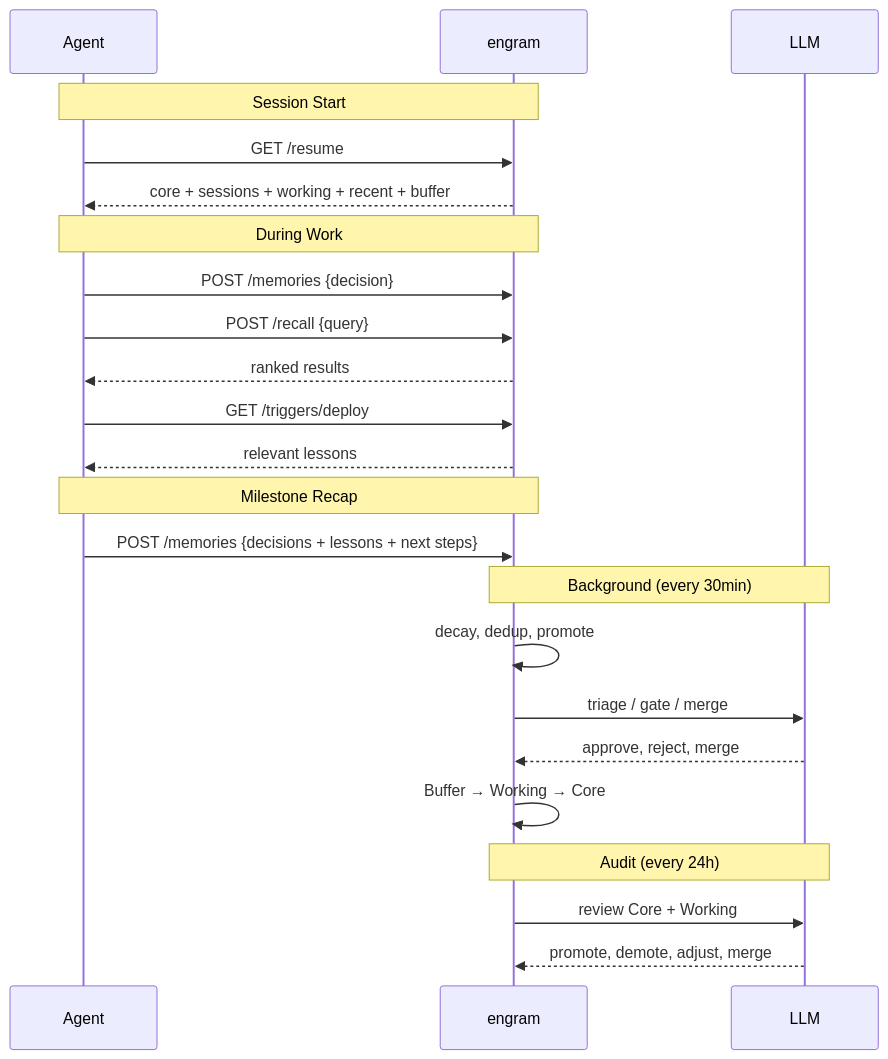
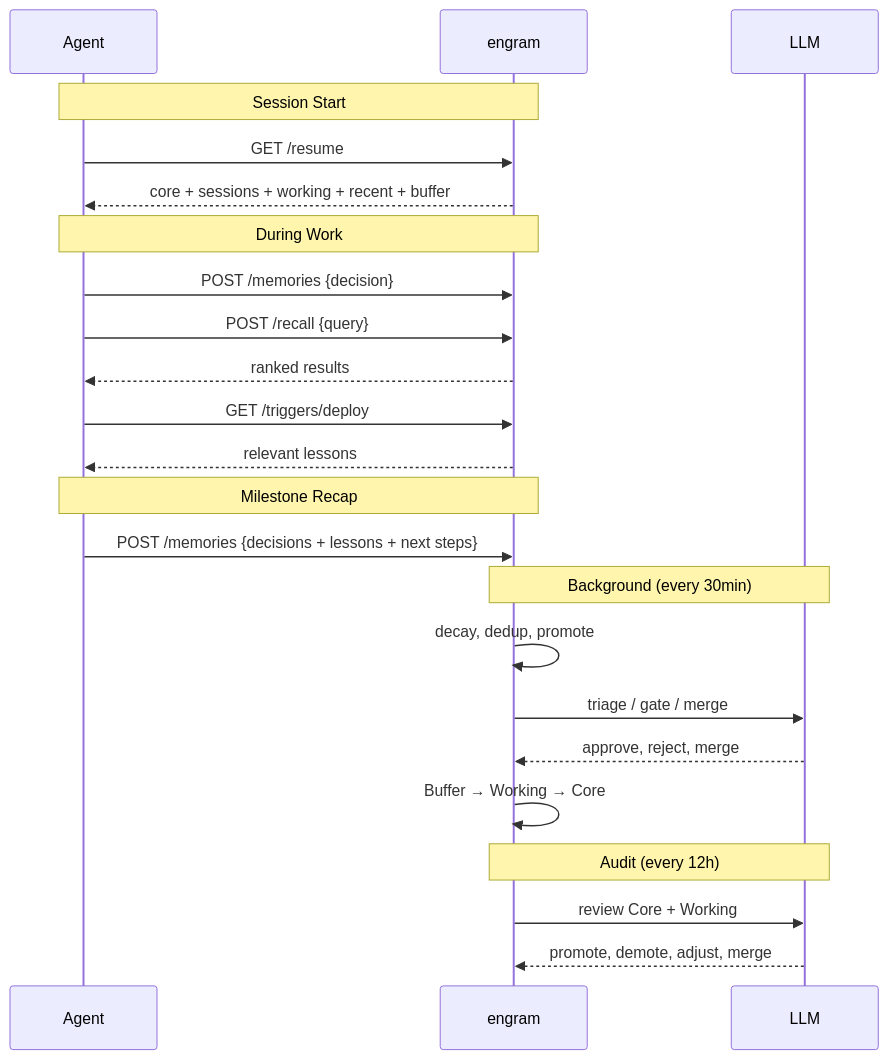
Before and after one commit to kael-bit/engram-rs: the diagram in README.md, drawn with Mermaid. The commit also changed other lines of this file and 1 other file, not shown here.

Commit message:
tune: reduce audit interval from 24h to 12h

````diff
--- a/README.md
+++ b/README.md
@@ -26,30 +26,30 @@
 ```mermaid
 sequenceDiagram
     participant A as Agent
     participant E as engram
     participant LLM as LLM
 
     Note over A,E: Session Start
     A->>E: GET /resume
     E-->>A: core + sessions + working + recent + buffer
 
     Note over A,E: During Work
     A->>E: POST /memories {decision}
     A->>E: POST /recall {query}
     E-->>A: ranked results
     A->>E: GET /triggers/deploy
     E-->>A: relevant lessons
 
     Note over A,E: Milestone Recap
     A->>E: POST /memories {decisions + lessons + next steps}
 
     Note over E,LLM: Background (every 30min)
     E->>E: decay, dedup, promote
     E->>LLM: triage / gate / merge
     LLM-->>E: approve, reject, merge
     E->>E: Buffer → Working → Core
 
-    Note over E,LLM: Audit (every 24h)
+    Note over E,LLM: Audit (every 12h)
     E->>LLM: review Core + Working
     LLM-->>E: promote, demote, adjust, merge
 ```
````
